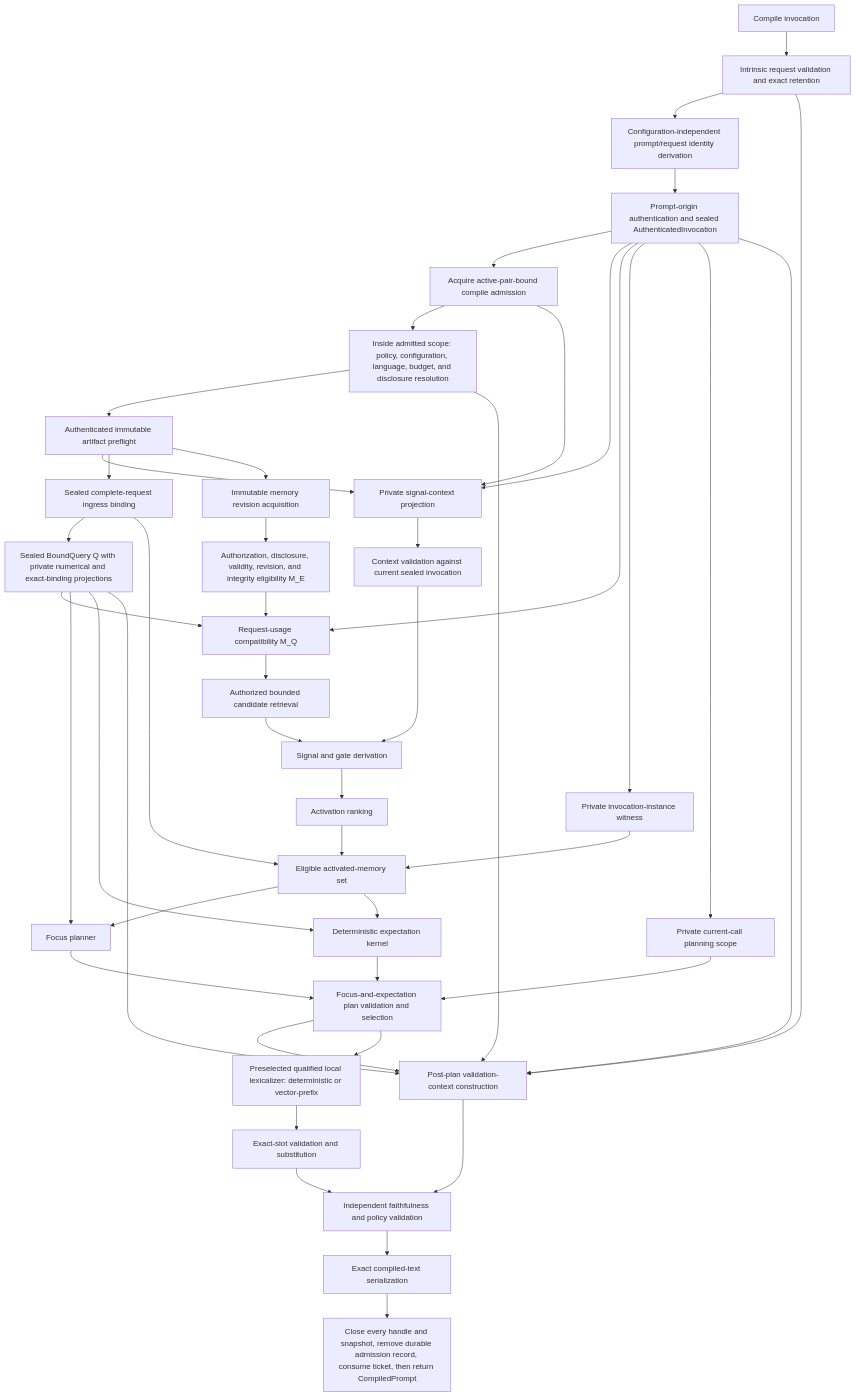
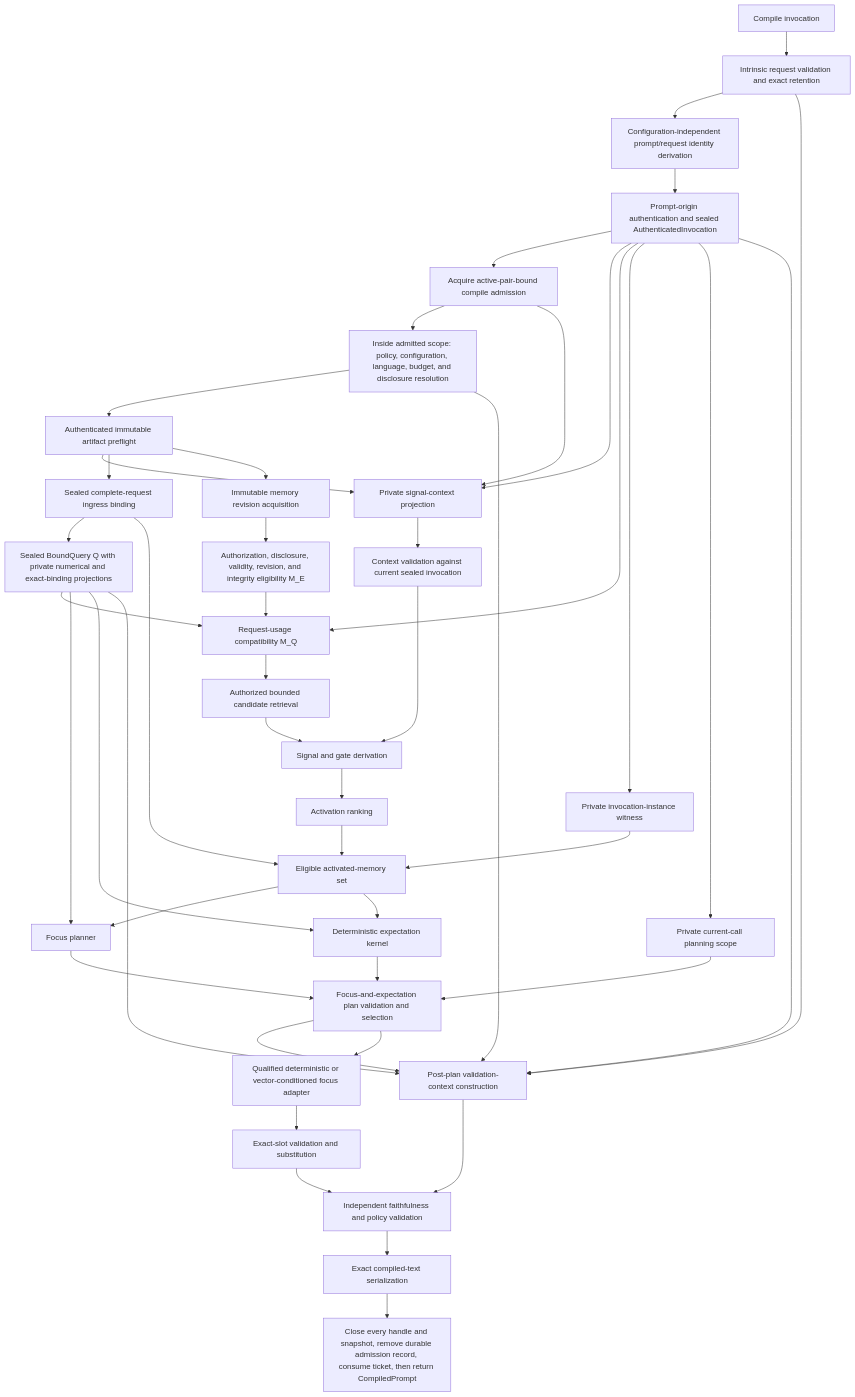
Before and after one commit to Lamentis-operating-systems/nemosyne: the first of 8 diagrams in docs/specifications/v1-reference-architecture.md, drawn with Mermaid. The commit also changed other lines of this file and 19 other files, not shown here.

````diff
--- a/docs/specifications/v1-reference-architecture.md
+++ b/docs/specifications/v1-reference-architecture.md
@@ -59,47 +63,47 @@
 ```mermaid
 flowchart TD
     IV["Compile invocation"] --> IR["Intrinsic request validation and exact retention"]
     IR --> ID["Configuration-independent prompt/request identity derivation"]
     ID --> AU["Prompt-origin authentication and sealed AuthenticatedInvocation"]
     AU --> CA["Acquire active-pair-bound compile admission"]
     CA --> RC["Inside admitted scope: policy, configuration, language, budget, and disclosure resolution"]
     RC --> AP["Authenticated immutable artifact preflight"]
     AU --> SC["Private signal-context projection"]
     CA --> SC
     AP --> SC
     AP --> IB["Sealed complete-request ingress binding"]
     IB --> Q["Sealed BoundQuery Q with private numerical and exact-binding projections"]
     AP --> MR["Immutable memory revision acquisition"]
     MR --> ME["Authorization, disclosure, validity, revision, and integrity eligibility M_E"]
     ME --> MQ["Request-usage compatibility M_Q"]
     Q --> MQ
     AU --> MQ
     MQ --> RET["Authorized bounded candidate retrieval"]
     RET --> SIG["Signal and gate derivation"]
     SC --> SV["Context validation against current sealed invocation"]
     SV --> SIG
     SIG --> ACT["Activation ranking"]
     AU --> IW["Private invocation-instance witness"]
     AU --> PS["Private current-call planning scope"]
     ACT --> SH["Eligible activated-memory set"]
     IB --> SH
     IW --> SH
     Q --> FOC["Focus planner"]
     SH --> FOC
     Q --> EXP["Deterministic expectation kernel"]
     SH --> EXP
     FOC --> PLN["Focus-and-expectation plan validation and selection"]
     EXP --> PLN
     PS --> PLN
     PLN --> VCTX["Post-plan validation-context construction"]
     AU --> VCTX
     IR --> VCTX
     Q --> VCTX
     RC --> VCTX
-    PLN --> LEX["Preselected qualified local lexicalizer: deterministic or vector-prefix"]
+    PLN --> LEX["Qualified deterministic or vector-conditioned focus adapter"]
     LEX --> SLOT["Exact-slot validation and substitution"]
     SLOT --> VAL["Independent faithfulness and policy validation"]
     VCTX --> VAL
     VAL --> OUT["Exact compiled-text serialization"]
     OUT --> CLOSE["Close every handle and snapshot, remove durable admission record, consume ticket, then return CompiledPrompt"]
 ```
````
